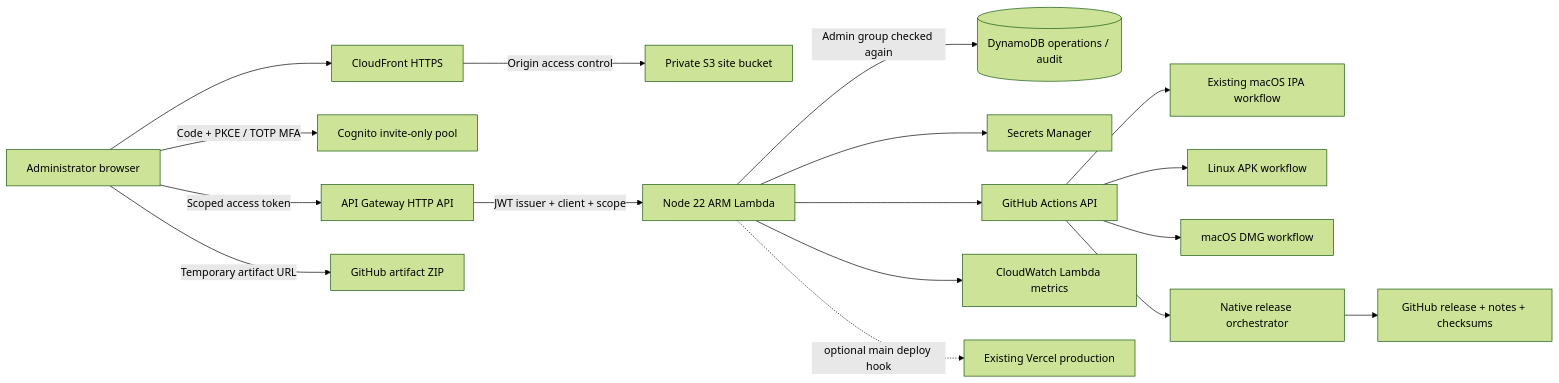
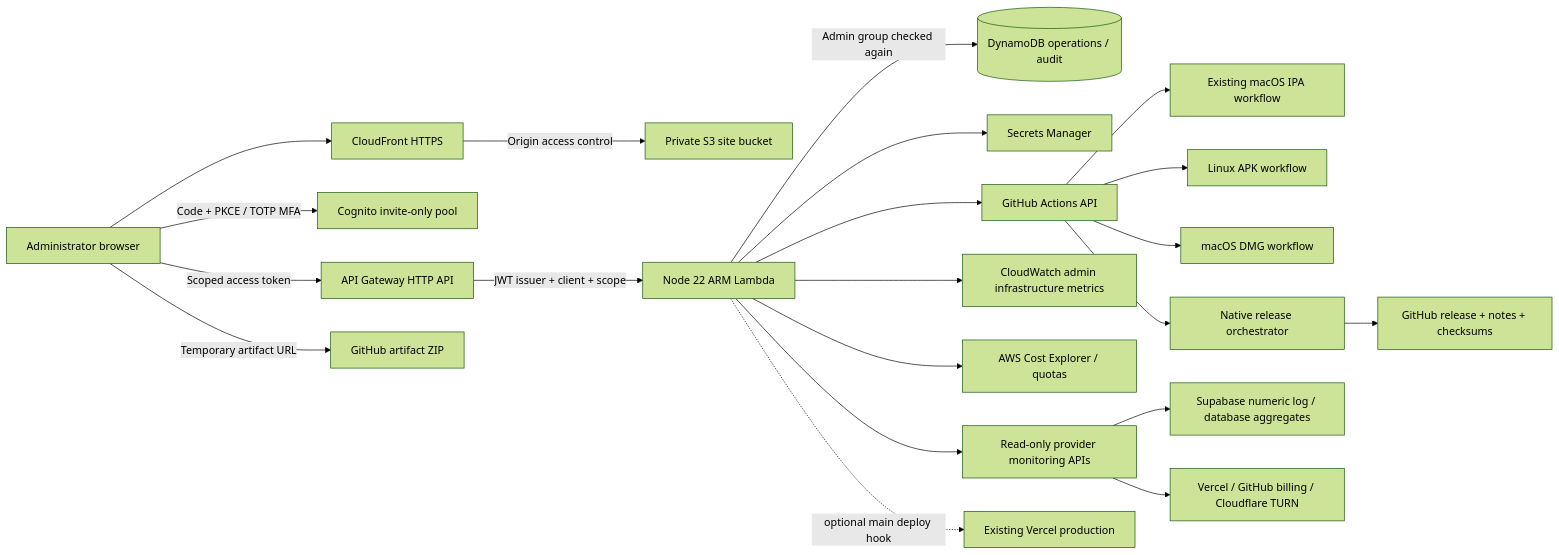
One commit to AdityaRoy999/twilightgarden changed the diagram in admin dashboard/ARCHITECTURE.md. Above: the diagram before and after it, drawn with Mermaid (forest theme). The commit also changed other lines of this file and 32 other files, not shown here.

First line of the commit message:
Add live provider monitoring, responsive admin navigation and call denial fixes (#42)

````diff
--- a/admin dashboard/ARCHITECTURE.md
+++ b/admin dashboard/ARCHITECTURE.md
@@ -3,19 +3,23 @@
 ```mermaid
 flowchart LR
   Admin[Administrator browser] --> CDN[CloudFront HTTPS]
   CDN -->|Origin access control| Site[Private S3 site bucket]
   Admin -->|Code + PKCE / TOTP MFA| Auth[Cognito invite-only pool]
   Admin -->|Scoped access token| API[API Gateway HTTP API]
   API -->|JWT issuer + client + scope| Lambda[Node 22 ARM Lambda]
   Lambda -->|Admin group checked again| DDB[(DynamoDB operations / audit)]
   Lambda --> Secret[Secrets Manager]
   Lambda --> GH[GitHub Actions API]
   GH --> Mac[Existing macOS IPA workflow]
   GH --> Linux[Linux APK workflow]
   GH --> DMG[macOS DMG workflow]
   GH --> Release[Native release orchestrator]
   Release --> Downloads[GitHub release + notes + checksums]
-  Lambda --> CW[CloudWatch Lambda metrics]
+  Lambda --> CW[CloudWatch admin infrastructure metrics]
+  Lambda --> Costs[AWS Cost Explorer / quotas]
+  Lambda --> Monitoring[Read-only provider monitoring APIs]
+  Monitoring --> Supa[Supabase numeric log / database aggregates]
+  Monitoring --> Usage[Vercel / GitHub billing / Cloudflare TURN]
   Lambda -. optional main deploy hook .-> Vercel[Existing Vercel production]
   Admin -->|Temporary artifact URL| Artifacts[GitHub artifact ZIP]
 ```
````
